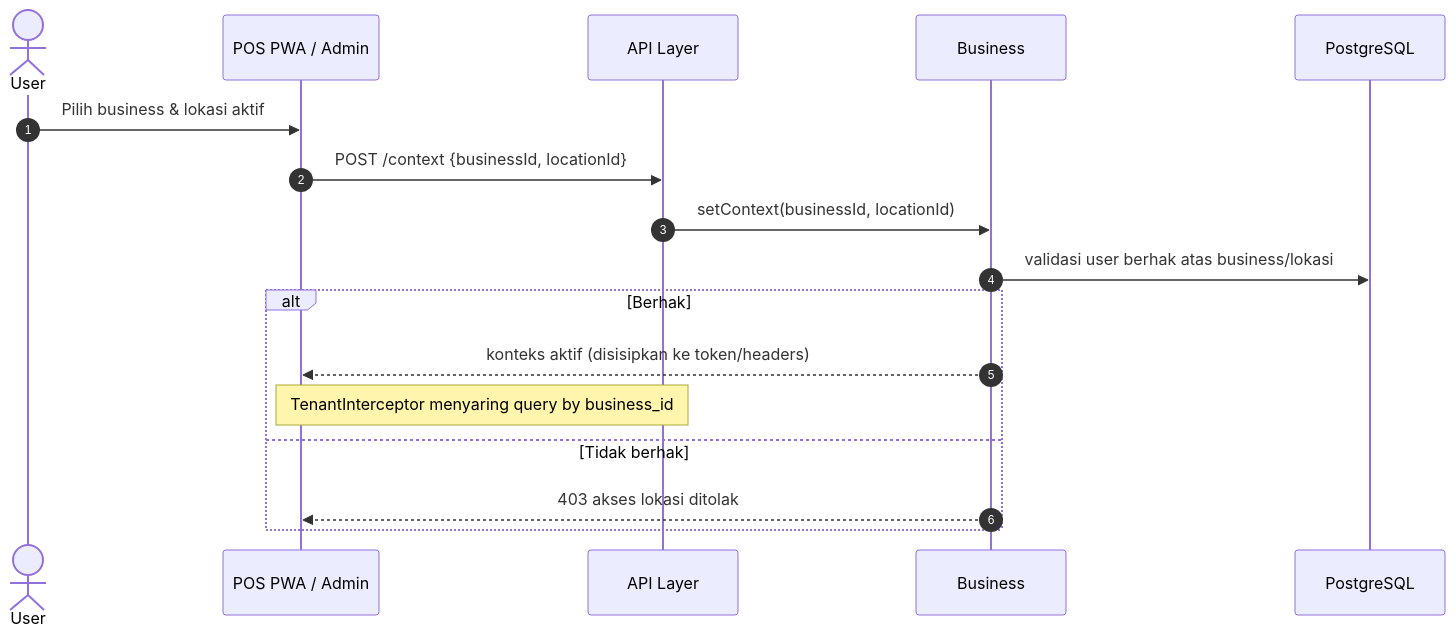
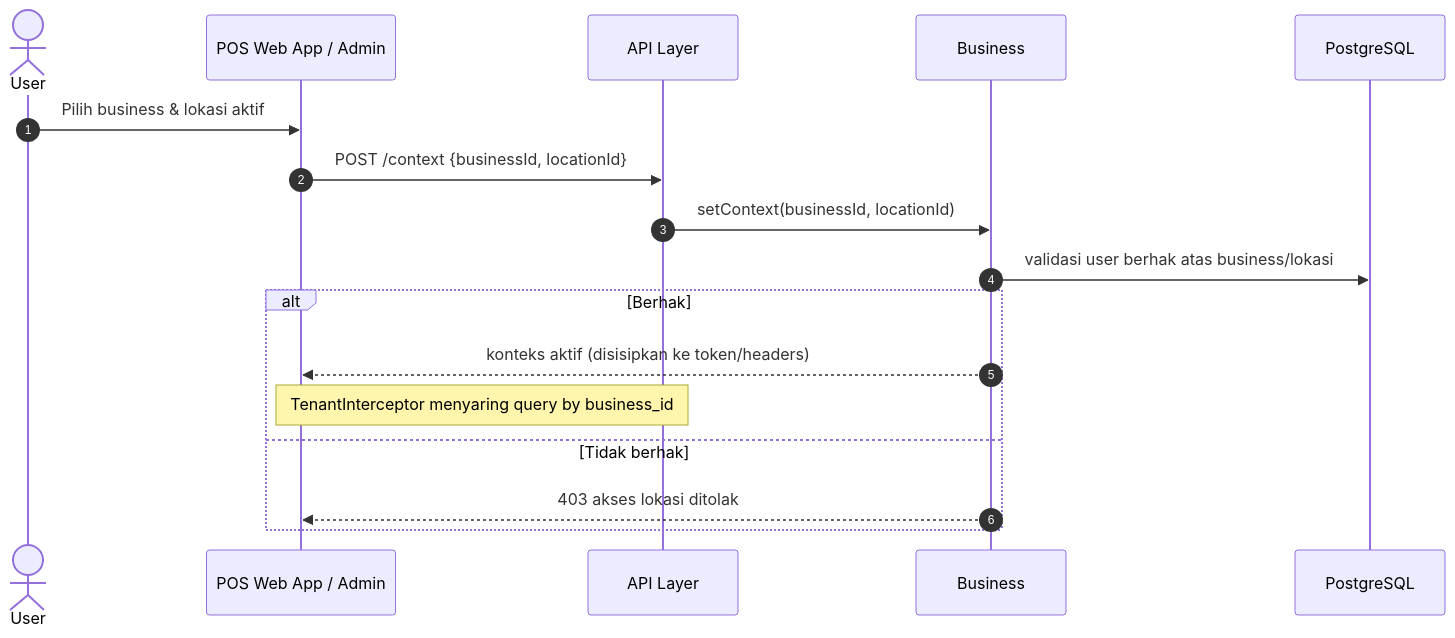
Before and after one commit to whaone/POS2026: the second of 31 diagrams in Sequence_Diagram.md, drawn with Mermaid. The commit also changed other lines of this file and 3 other files, not shown here.

````diff
--- a/Sequence_Diagram.md
+++ b/Sequence_Diagram.md
@@ -116,20 +116,20 @@
 ```mermaid
 sequenceDiagram
     autonumber
     actor User
-    participant PWA as POS PWA / Admin
+    participant POS as POS Web App / Admin
     participant API as API Layer
     participant BIZ as Business
     participant DB as PostgreSQL
  
-    User->>PWA: Pilih business & lokasi aktif
-    PWA->>API: POST /context {businessId, locationId}
+    User->>POS: Pilih business & lokasi aktif
+    POS->>API: POST /context {businessId, locationId}
     API->>BIZ: setContext(businessId, locationId)
     BIZ->>DB: validasi user berhak atas business/lokasi
     alt Berhak
-        BIZ-->>PWA: konteks aktif (disisipkan ke token/headers)
-        Note over PWA,API: TenantInterceptor menyaring query by business_id
+        BIZ-->>POS: konteks aktif (disisipkan ke token/headers)
+        Note over POS,API: TenantInterceptor menyaring query by business_id
     else Tidak berhak
-        BIZ-->>PWA: 403 akses lokasi ditolak
+        BIZ-->>POS: 403 akses lokasi ditolak
     end
 ```
````
